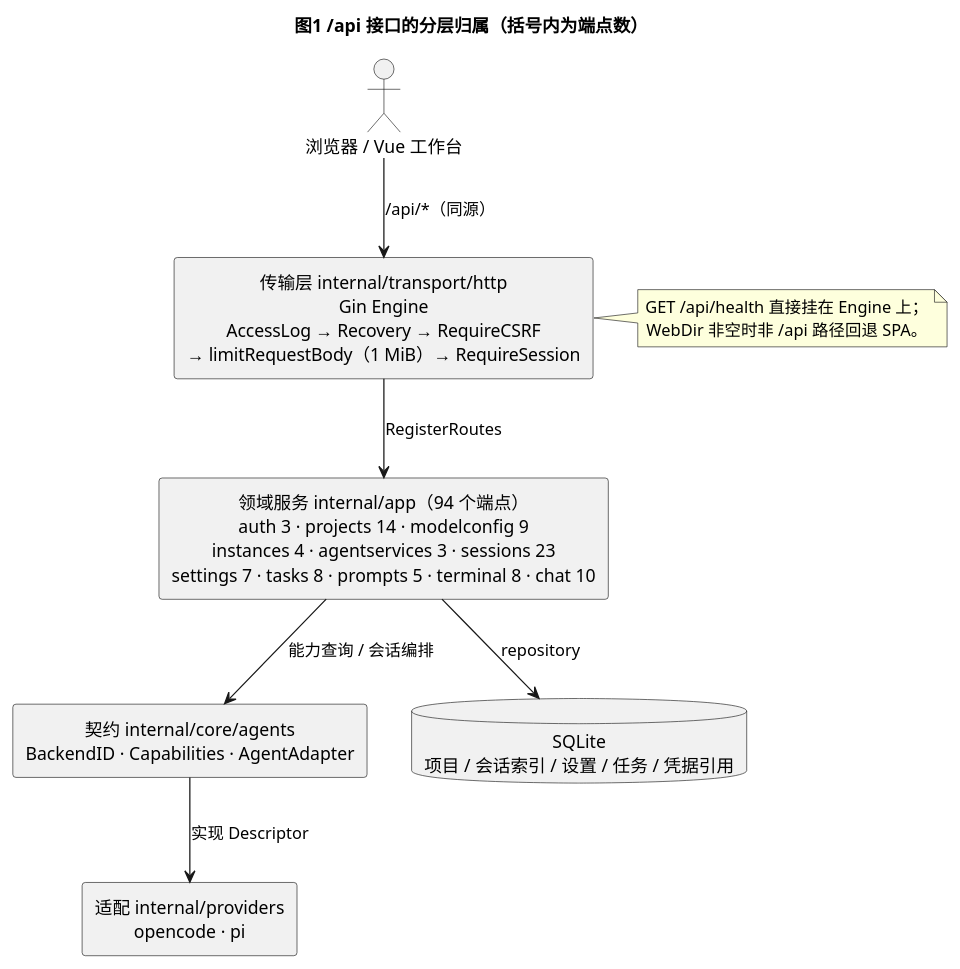
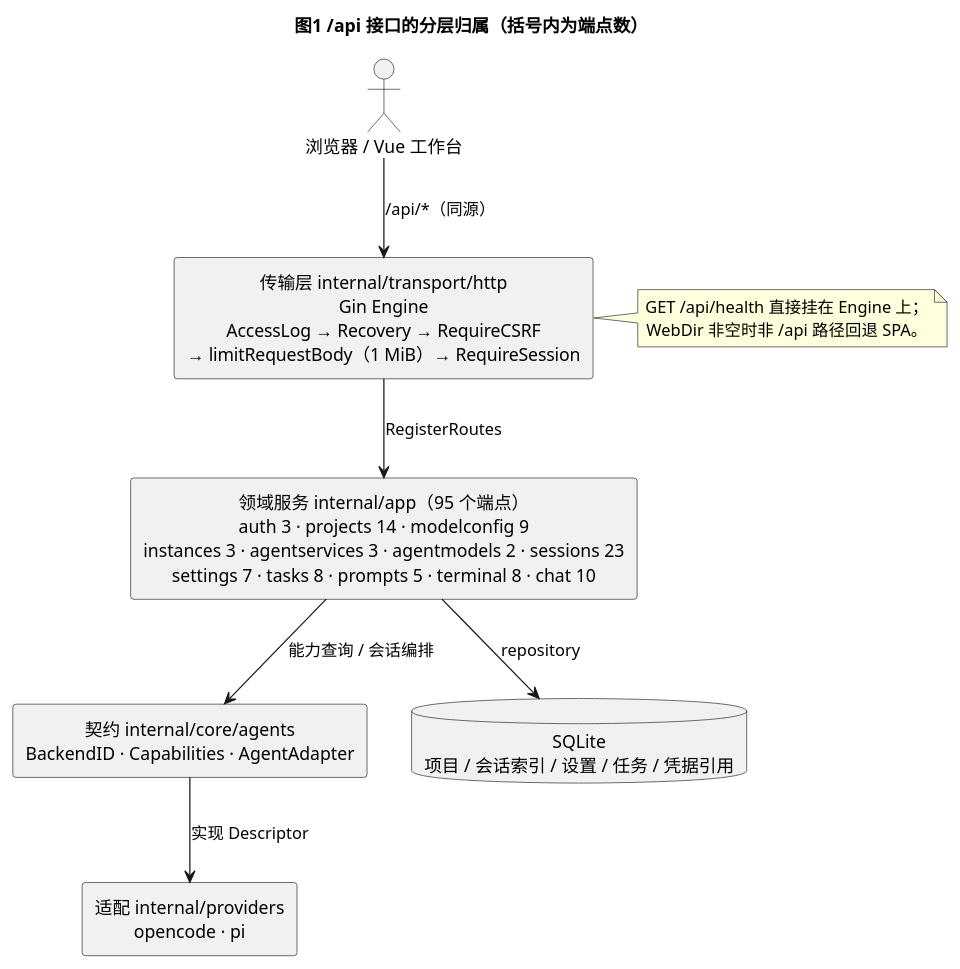
One commit to nickdevelop/dev_platform changed the first of 5 diagrams in docs/api/backend-api-inventory.md. Above: the diagram before and after it, drawn with PlantUML. The commit also changed other lines of this file and 45 other files, not shown here.

````diff
--- a/docs/api/backend-api-inventory.md
+++ b/docs/api/backend-api-inventory.md
@@ -33,30 +33,30 @@
 ```plantuml
 @startuml
 title 图1 /api 接口的分层归属（括号内为端点数）
 
 skinparam componentStyle rectangle
 skinparam defaultTextAlignment center
 top to bottom direction
 
 actor "浏览器 / Vue 工作台" as Web
 
 rectangle "传输层 internal/transport/http\nGin Engine\nAccessLog → Recovery → RequireCSRF\n→ limitRequestBody（1 MiB）→ RequireSession" as T
 
-rectangle "领域服务 internal/app（94 个端点）\nauth 3 · projects 14 · modelconfig 9\ninstances 4 · agentservices 3 · sessions 23\nsettings 7 · tasks 8 · prompts 5 · terminal 8 · chat 10" as D
+rectangle "领域服务 internal/app（95 个端点）\nauth 3 · projects 14 · modelconfig 9\ninstances 3 · agentservices 3 · agentmodels 2 · sessions 23\nsettings 7 · tasks 8 · prompts 5 · terminal 8 · chat 10" as D
 
 rectangle "契约 internal/core/agents\nBackendID · Capabilities · AgentAdapter" as C
 rectangle "适配 internal/providers\nopencode · pi" as P
 database "SQLite\n项目 / 会话索引 / 设置 / 任务 / 凭据引用" as DB
 
 Web --> T : /api/*（同源）
 T --> D : RegisterRoutes
 D --> C : 能力查询 / 会话编排
 C --> P : 实现 Descriptor
 D --> DB : repository
 
 note right of T
   GET /api/health 直接挂在 Engine 上；
   WebDir 非空时非 /api 路径回退 SPA。
 end note
 @enduml
 ```
````
